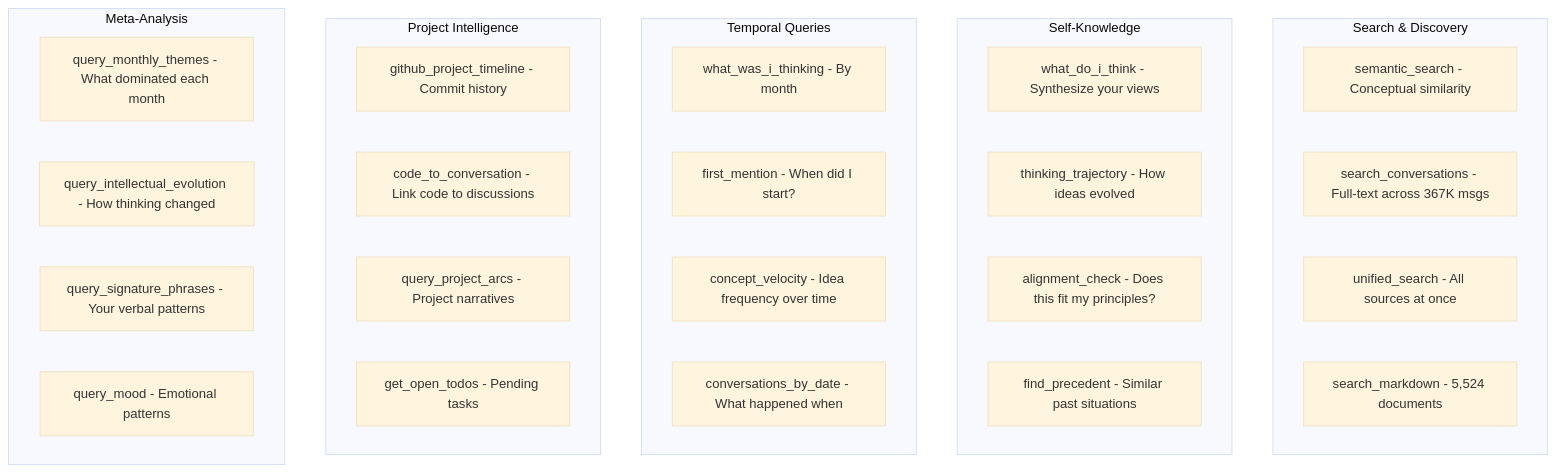
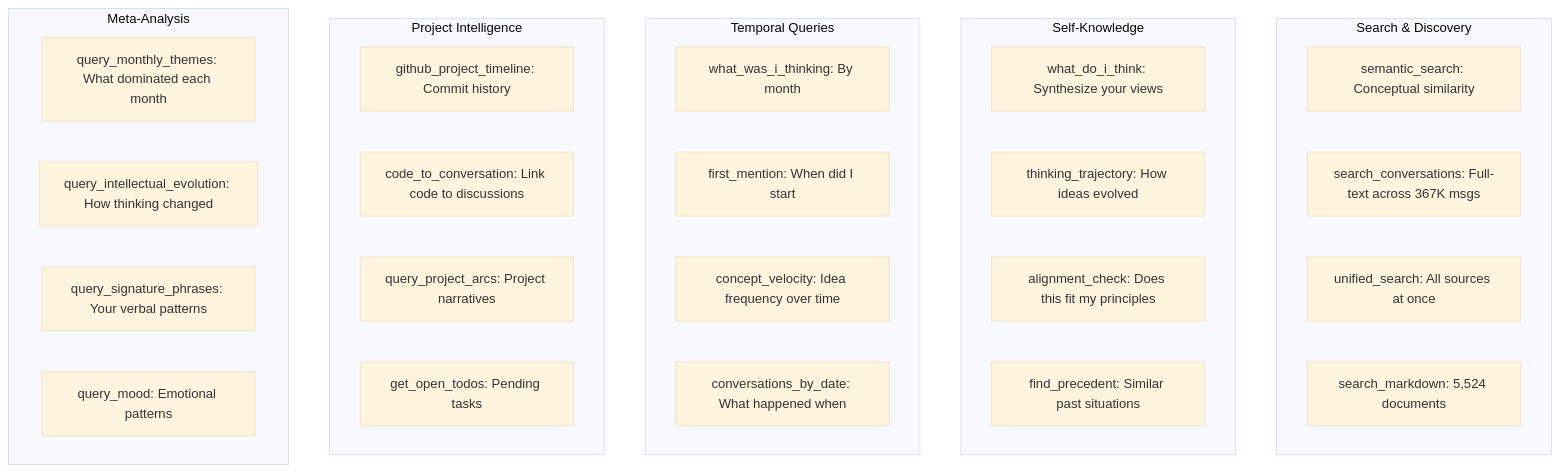
The second of 5 diagrams in README.md (mordechaipotash/qinbot), drawn with Mermaid (base theme) before and after one commit. The commit also changed other lines of this file, not shown here.

First line of the commit message:
fix: Mermaid diagram syntax for GitHub rendering

````diff
--- a/README.md
+++ b/README.md
@@ -159,37 +159,37 @@
 ```mermaid
 graph TB
-    subgraph "Search & Discovery"
-        S1[semantic_search - Conceptual similarity]
-        S2[search_conversations - Full-text across 367K msgs]
-        S3[unified_search - All sources at once]
-        S4[search_markdown - 5,524 documents]
+    subgraph SearchDiscovery["Search & Discovery"]
+        S1["semantic_search: Conceptual similarity"]
+        S2["search_conversations: Full-text across 367K msgs"]
+        S3["unified_search: All sources at once"]
+        S4["search_markdown: 5,524 documents"]
     end
     
-    subgraph "Self-Knowledge"
-        K1[what_do_i_think - Synthesize your views]
-        K2[thinking_trajectory - How ideas evolved]
-        K3[alignment_check - Does this fit my principles?]
-        K4[find_precedent - Similar past situations]
+    subgraph SelfKnowledge["Self-Knowledge"]
+        K1["what_do_i_think: Synthesize your views"]
+        K2["thinking_trajectory: How ideas evolved"]
+        K3["alignment_check: Does this fit my principles"]
+        K4["find_precedent: Similar past situations"]
     end
     
-    subgraph "Temporal Queries"
-        T1[what_was_i_thinking - By month]
-        T2[first_mention - When did I start?]
-        T3[concept_velocity - Idea frequency over time]
-        T4[conversations_by_date - What happened when]
+    subgraph TemporalQueries["Temporal Queries"]
+        T1["what_was_i_thinking: By month"]
+        T2["first_mention: When did I start"]
+        T3["concept_velocity: Idea frequency over time"]
+        T4["conversations_by_date: What happened when"]
     end
     
-    subgraph "Project Intelligence"
-        P1[github_project_timeline - Commit history]
-        P2[code_to_conversation - Link code to discussions]
-        P3[query_project_arcs - Project narratives]
-        P4[get_open_todos - Pending tasks]
+    subgraph ProjectIntelligence["Project Intelligence"]
+        P1["github_project_timeline: Commit history"]
+        P2["code_to_conversation: Link code to discussions"]
+        P3["query_project_arcs: Project narratives"]
+        P4["get_open_todos: Pending tasks"]
     end
     
-    subgraph "Meta-Analysis"
-        M1[query_monthly_themes - What dominated each month]
-        M2[query_intellectual_evolution - How thinking changed]
-        M3[query_signature_phrases - Your verbal patterns]
-        M4[query_mood - Emotional patterns]
+    subgraph MetaAnalysis["Meta-Analysis"]
+        M1["query_monthly_themes: What dominated each month"]
+        M2["query_intellectual_evolution: How thinking changed"]
+        M3["query_signature_phrases: Your verbal patterns"]
+        M4["query_mood: Emotional patterns"]
     end
 ```
````
